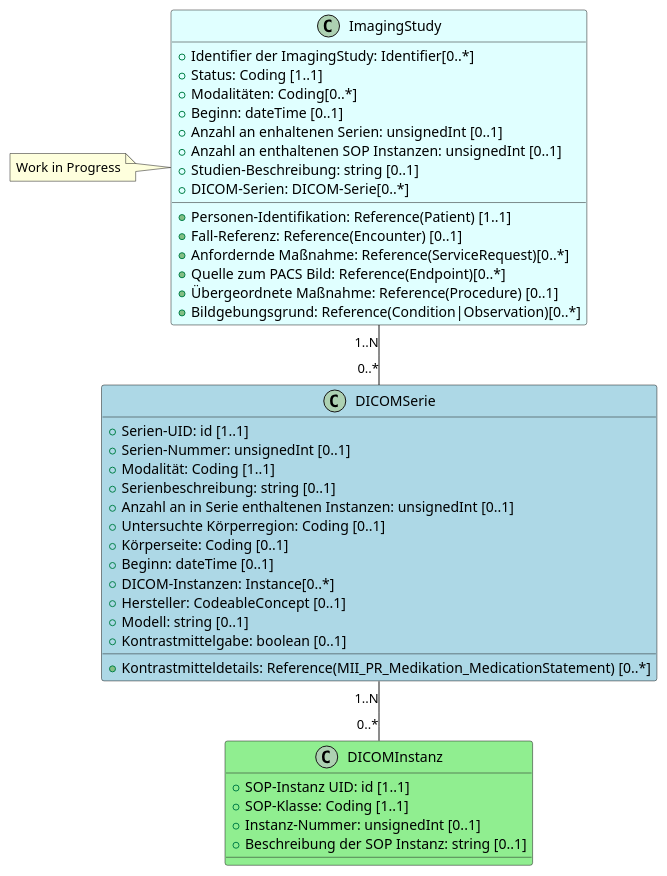
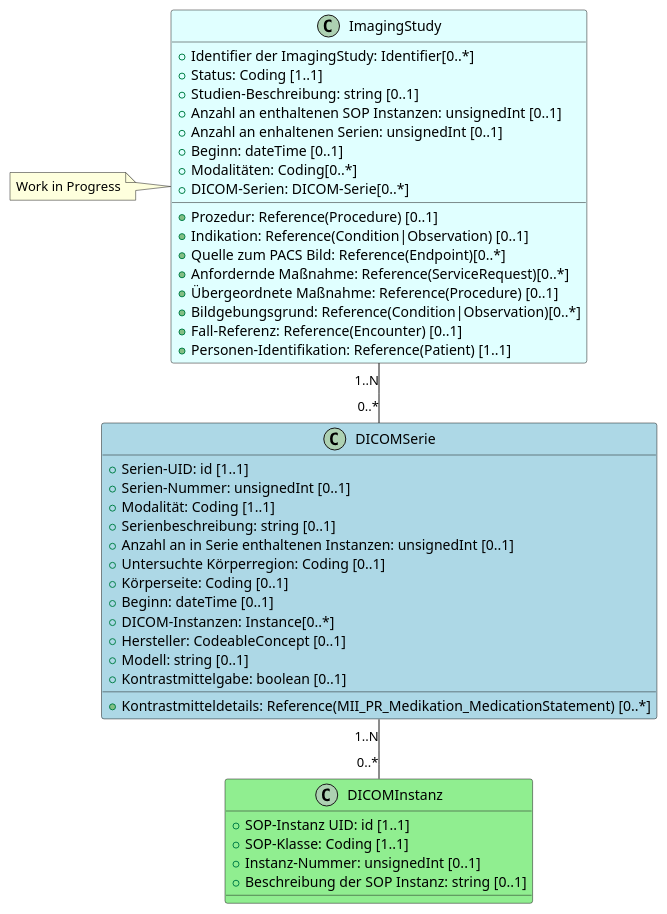
One commit to medizininformatik-initiative/kerndatensatz-bildgebung changed the diagram in plantUmlSrc/ImagingStudy.plantuml. Above: the diagram before and after it, drawn with PlantUML.

```diff
--- a/plantUmlSrc/ImagingStudy.plantuml
+++ b/plantUmlSrc/ImagingStudy.plantuml
@@ -1,45 +1,47 @@
 @startuml
 class ImagingStudy #LightCyan {
+  + Prozedur: Reference(Procedure) [0..1]
   + Identifier der ImagingStudy: Identifier[0..*]
   + Status: Coding [1..1]
+  + Studien-Beschreibung: string [0..1]
+  + Anzahl an enthaltenen SOP Instanzen: unsignedInt [0..1]
+  + Anzahl an enhaltenen Serien: unsignedInt [0..1]
+  + Beginn: dateTime [0..1]
+  + Indikation: Reference(Condition|Observation) [0..1]
   + Modalitäten: Coding[0..*]
-  + Personen-Identifikation: Reference(Patient) [1..1]
-  + Fall-Referenz: Reference(Encounter) [0..1]
-  + Beginn: dateTime [0..1]
+  + Quelle zum PACS Bild: Reference(Endpoint)[0..*]
   + Anfordernde Maßnahme: Reference(ServiceRequest)[0..*]
-  + Quelle zum PACS Bild: Reference(Endpoint)[0..*]
-  + Anzahl an enhaltenen Serien: unsignedInt [0..1]
-  + Anzahl an enthaltenen SOP Instanzen: unsignedInt [0..1]
   + Übergeordnete Maßnahme: Reference(Procedure) [0..1]
   + Bildgebungsgrund: Reference(Condition|Observation)[0..*]
-  + Studien-Beschreibung: string [0..1]
+  + Fall-Referenz: Reference(Encounter) [0..1]
+  + Personen-Identifikation: Reference(Patient) [1..1]
   + DICOM-Serien: DICOM-Serie[0..*]
 }
 note left: Work in Progress
 
 class DICOMSerie #LightBlue {
   + Serien-UID: id [1..1]
   + Serien-Nummer: unsignedInt [0..1]
   + Modalität: Coding [1..1]
   + Serienbeschreibung: string [0..1]
   + Anzahl an in Serie enthaltenen Instanzen: unsignedInt [0..1]
   + Untersuchte Körperregion: Coding [0..1]
   + Körperseite: Coding [0..1]
   + Beginn: dateTime [0..1]
   + DICOM-Instanzen: Instance[0..*]
   + Hersteller: CodeableConcept [0..1]
   + Modell: string [0..1]
   + Kontrastmittelgabe: boolean [0..1]
   + Kontrastmitteldetails: Reference(MII_PR_Medikation_MedicationStatement) [0..*]
 }
 
 class DICOMInstanz #LightGreen {
   + SOP-Instanz UID: id [1..1]
   + SOP-Klasse: Coding [1..1]
   + Instanz-Nummer: unsignedInt [0..1]
   + Beschreibung der SOP Instanz: string [0..1]
 }
 
 ImagingStudy "1..N" -- "0..*" DICOMSerie
 DICOMSerie "1..N" -- "0..*" DICOMInstanz
 @enduml
```
